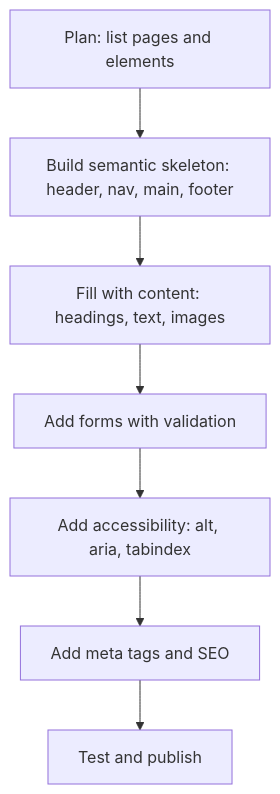
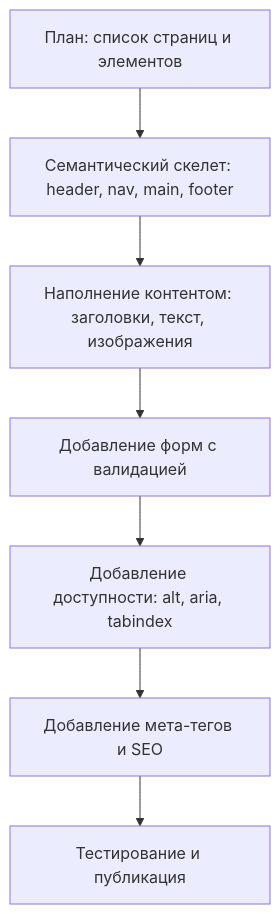
Before and after one commit to JLearn-space/HTML: the first of 2 diagrams in Lesson-10/ru/Итоговый проект от планирования до публикации.md, drawn with Mermaid. The commit also changed other lines of this file and 12 other files, not shown here.

Commit message:
Fix typos, broken markdown, Mermaid diagrams, localize RU/UZ labels, rename mixed-script filename

````diff
--- a/Lesson-10/ru/Итоговый проект от планирования до публикации.md
+++ b/Lesson-10/ru/Итоговый проект от планирования до публикации.md
@@ -73,9 +73,9 @@
 ```mermaid
 flowchart TD
-    A["Plan: list pages and elements"] --> B["Build semantic skeleton: header, nav, main, footer"]
-    B --> C["Fill with content: headings, text, images"]
-    C --> D["Add forms with validation"]
-    D --> E["Add accessibility: alt, aria, tabindex"]
-    E --> F["Add meta tags and SEO"]
-    F --> G["Test and publish"]
+    A["План: список страниц и элементов"] --> B["Семантический скелет: header, nav, main, footer"]
+    B --> C["Наполнение контентом: заголовки, текст, изображения"]
+    C --> D["Добавление форм с валидацией"]
+    D --> E["Добавление доступности: alt, aria, tabindex"]
+    E --> F["Добавление мета-тегов и SEO"]
+    F --> G["Тестирование и публикация"]
 ```
````
